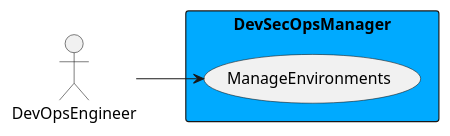
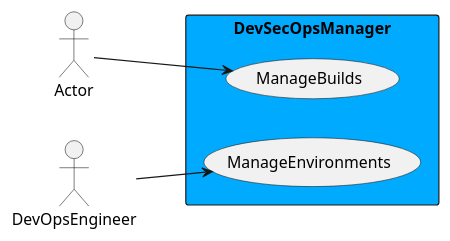
One commit to madajaju/sabr changed the diagram in docs/sabr/aml/dsom/usecases.puml. Above: the diagram before and after it, drawn with PlantUML. The commit also changed 1010 other files, not shown here.

```diff
--- a/docs/sabr/aml/dsom/usecases.puml
+++ b/docs/sabr/aml/dsom/usecases.puml
@@ -1,13 +1,16 @@
 @startuml
 
 left to right direction
+Actor "Actor" as Actor
 Actor "DevOpsEngineer" as DevOpsEngineer
 
 
 rectangle "DevSecOpsManager" #00aaff {
-usecase "ManageEnvironments" as ManageEnvironments
+usecase "ManageBuilds" as ManageBuilds
+    Actor --> ManageBuilds
+    usecase "ManageEnvironments" as ManageEnvironments
     DevOpsEngineer --> ManageEnvironments
     }
 
 
 @enduml
```
